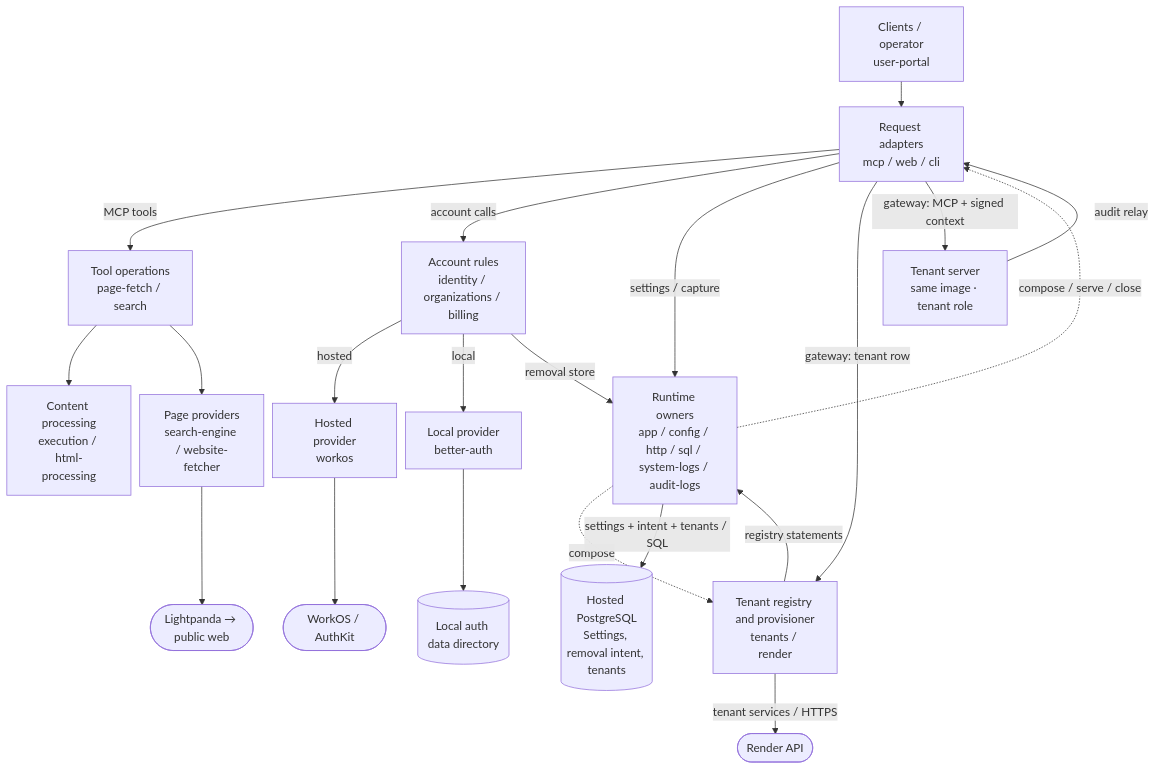
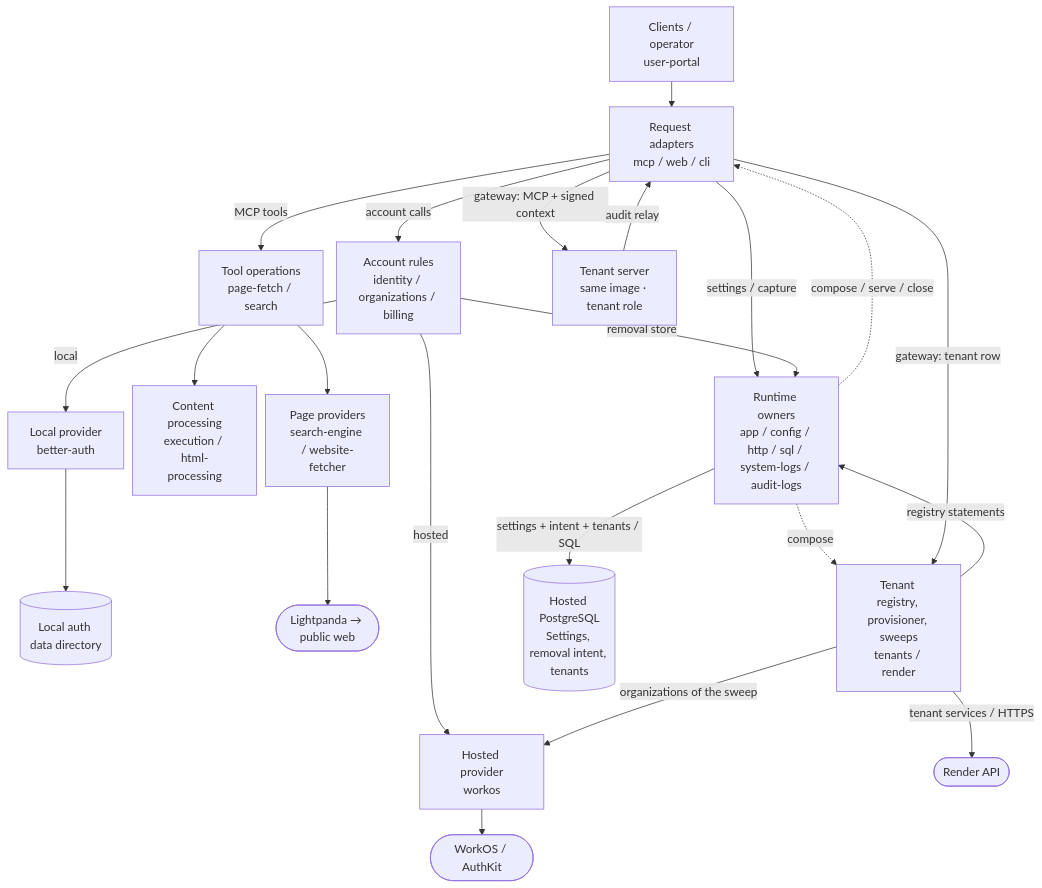
Before and after one commit to tomer-mayara/Thermus: diagram 13 of 21 in architecture/components.md, drawn with Mermaid. The commit also changed other lines of this file and 99 other files, not shown here.

First line of the commit message:
Add the tenant sweeps and the fleet script of the control plane (SO-09) (#288)

````diff
--- a/architecture/components.md
+++ b/architecture/components.md
@@ -996,40 +1100,41 @@
 ```mermaid
 %%{init: {"flowchart": {"wrappingWidth": 110, "nodeSpacing": 12, "rankSpacing": 35}}}%%
 flowchart TB
   clients["Clients / operator<br/>user-portal"]
   interfaces["Request adapters<br/>mcp / web / cli"]
   accounts["Account rules<br/>identity / organizations / billing"]
   hosted["Hosted provider<br/>workos"]
   local["Local provider<br/>better-auth"]
   workos_service(["WorkOS / AuthKit"])
   local_data[("Local auth data directory")]
   tools["Tool operations<br/>page-fetch / search"]
   processing["Content processing<br/>execution / html-processing"]
   fetching["Page providers<br/>search-engine / website-fetcher"]
   external_web(["Lightpanda → public web"])
   runtime["Runtime owners<br/>app / config / http / sql / system-logs / audit-logs"]
-  tenancy["Tenant registry and provisioner<br/>tenants / render"]
+  tenancy["Tenant registry, provisioner, sweeps<br/>tenants / render"]
   tenant_server["Tenant server<br/>same image · tenant role"]
   settings_data[("Hosted PostgreSQL<br/>Settings, removal intent, tenants")]
   render_service(["Render API"])
   clients --> interfaces
   interfaces -->|MCP tools| tools
   interfaces -->|account calls| accounts
   accounts -->|hosted| hosted
   accounts -->|local| local
   hosted --> workos_service
   local --> local_data
   tools --> processing
   tools --> fetching
   fetching --> external_web
   runtime -.->|compose / serve / close| interfaces
   interfaces -->|settings / capture| runtime
   accounts -->|removal store| runtime
   runtime -.->|compose| tenancy
   tenancy -->|registry statements| runtime
   interfaces -->|gateway: tenant row| tenancy
   interfaces -->|gateway: MCP + signed context| tenant_server
   tenant_server -->|audit relay| interfaces
   runtime -->|settings + intent + tenants / SQL| settings_data
   tenancy -->|tenant services / HTTPS| render_service
+  tenancy -->|organizations of the sweep| hosted
 ```
````
